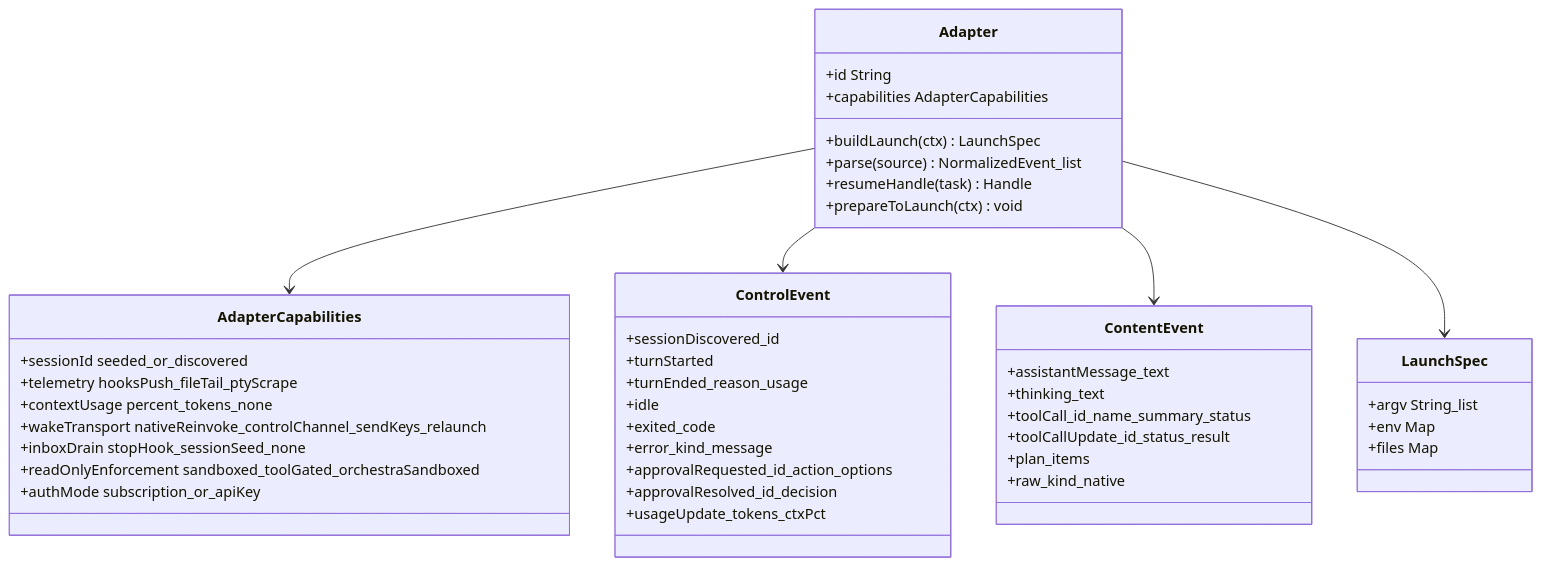
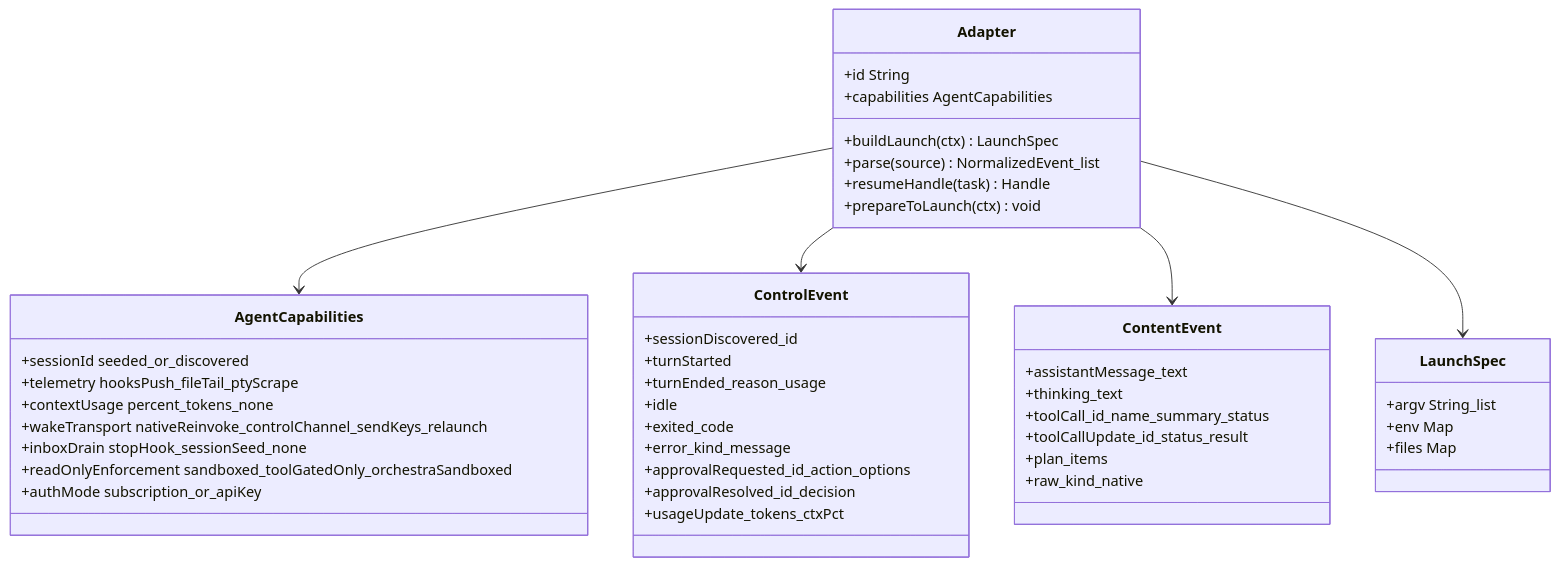
The second of 7 diagrams in notes/designs/agent-provider-interface.md (PeiAllen/claude-kanban), drawn with Mermaid before and after one commit. The commit also changed other lines of this file and 3 other files, not shown here.

````diff
--- a/notes/designs/agent-provider-interface.md
+++ b/notes/designs/agent-provider-interface.md
@@ -145,48 +155,48 @@
 ```mermaid
 classDiagram
     class Adapter {
       +id String
-      +capabilities AdapterCapabilities
+      +capabilities AgentCapabilities
       +buildLaunch(ctx) LaunchSpec
       +parse(source) NormalizedEvent_list
       +resumeHandle(task) Handle
       +prepareToLaunch(ctx) void
     }
-    class AdapterCapabilities {
+    class AgentCapabilities {
       +sessionId  seeded_or_discovered
       +telemetry  hooksPush_fileTail_ptyScrape
       +contextUsage  percent_tokens_none
       +wakeTransport  nativeReinvoke_controlChannel_sendKeys_relaunch
       +inboxDrain  stopHook_sessionSeed_none
-      +readOnlyEnforcement  sandboxed_toolGated_orchestraSandboxed
+      +readOnlyEnforcement  sandboxed_toolGatedOnly_orchestraSandboxed
       +authMode  subscription_or_apiKey
     }
     class ControlEvent {
       +sessionDiscovered_id
       +turnStarted
       +turnEnded_reason_usage
       +idle
       +exited_code
       +error_kind_message
       +approvalRequested_id_action_options
       +approvalResolved_id_decision
       +usageUpdate_tokens_ctxPct
     }
     class ContentEvent {
       +assistantMessage_text
       +thinking_text
       +toolCall_id_name_summary_status
       +toolCallUpdate_id_status_result
       +plan_items
       +raw_kind_native
     }
     class LaunchSpec {
       +argv String_list
       +env Map
       +files Map
     }
-    Adapter --> AdapterCapabilities
+    Adapter --> AgentCapabilities
     Adapter --> ControlEvent
     Adapter --> ContentEvent
     Adapter --> LaunchSpec
 ```
````
